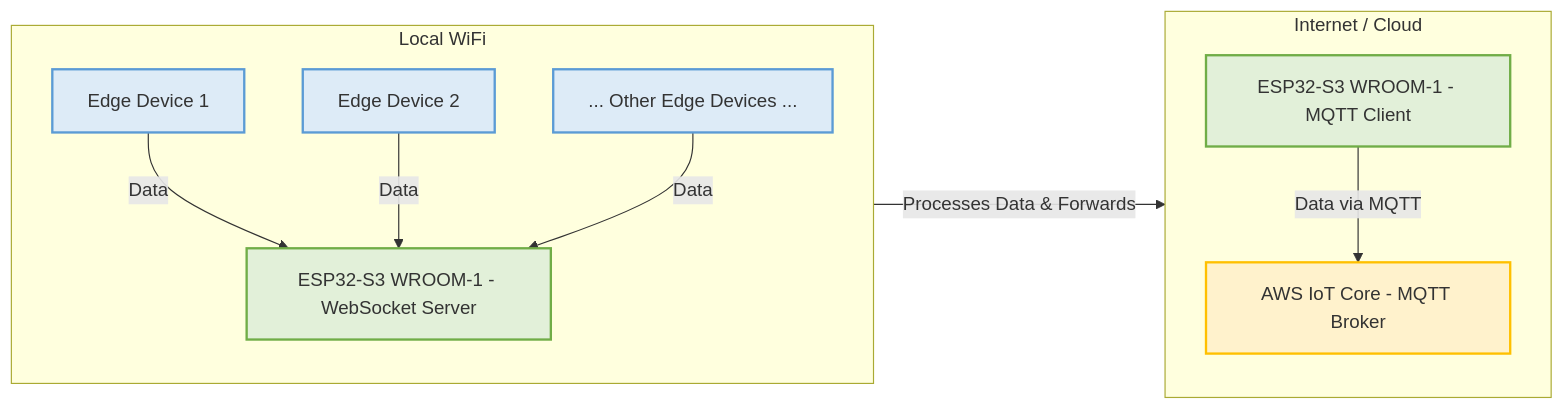
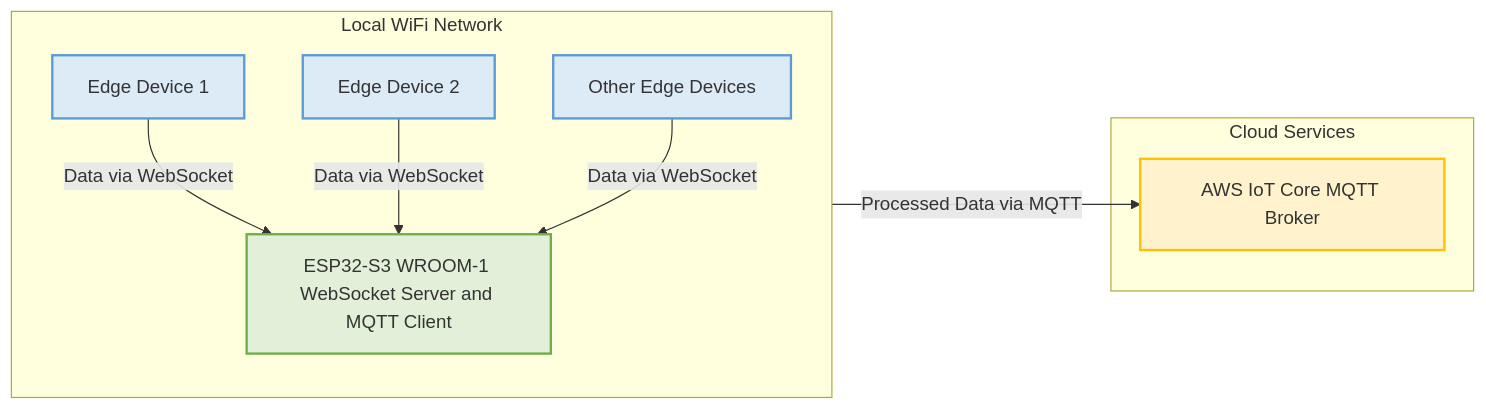
One commit to georgevio/IoT-Embedded changed the diagram in esp-idf/esp32-s3-websocket_server/readme.md. Above: the diagram before and after it, drawn with Mermaid. The commit also changed other lines of this file and 1 other file, not shown here.

Commit message:
updated mermaid graph to readme

````diff
--- a/esp-idf/esp32-s3-websocket_server/readme.md
+++ b/esp-idf/esp32-s3-websocket_server/readme.md
@@ -5,27 +6,31 @@
 ```mermaid
 graph LR;
-    subgraph "Local WiFi"
+    subgraph "Local WiFi Network"
         direction TB
-        ED1[Edge Device 1] -- Data --> WS_Server;
-        ED2[Edge Device 2] -- Data --> WS_Server;
-        EDN[... Other Edge Devices ...] -- Data --> WS_Server;
-        WS_Server[ESP32-S3 WROOM-1 - WebSocket Server];
+        ED1[Edge Device 1];
+        ED2[Edge Device 2];
+        EDN[Other Edge Devices];
+        
+        ESP32[ESP32-S3 WROOM-1 WebSocket Server and MQTT Client];
+
+        ED1 -- Data via WebSocket --> ESP32;
+        ED2 -- Data via WebSocket --> ESP32;
+        EDN -- Data via WebSocket --> ESP32;
     end
 
-    subgraph "Internet / Cloud"
-        direction TB
-        MQTT_Client[ESP32-S3 WROOM-1 - MQTT Client];
-        AWS_IoT[AWS IoT Core - MQTT Broker];
+    subgraph "Cloud Services"
+        AWS_IoT[AWS IoT Core MQTT Broker];
     end
-
-    WS_Server -- Processes Data & Forwards --> MQTT_Client;
-    MQTT_Client -- Data via MQTT --> AWS_IoT;
-
+    
+    ESP32 -- Processed Data via MQTT --> AWS_IoT;
+    
     classDef edgeDevice fill:#DDEBF7,stroke:#5B9BD5,stroke-width:2px;
     classDef esp32Device fill:#E2F0D9,stroke:#70AD47,stroke-width:2px;
     classDef cloudService fill:#FFF2CC,stroke:#FFC000,stroke-width:2px;
 
     class ED1,ED2,EDN edgeDevice;
-    class WS_Server,MQTT_Client esp32Device;
+    class ESP32 esp32Device;
     class AWS_IoT cloudService;
+
+
 ```
````
